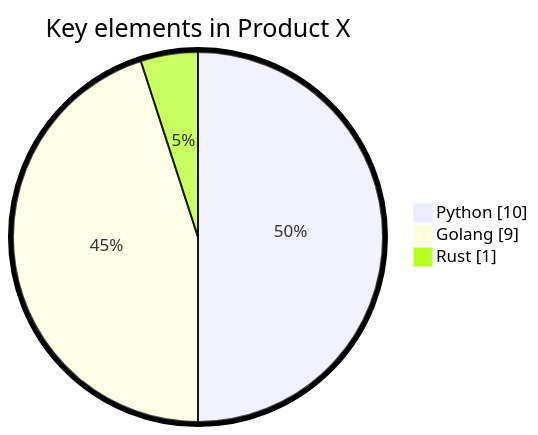
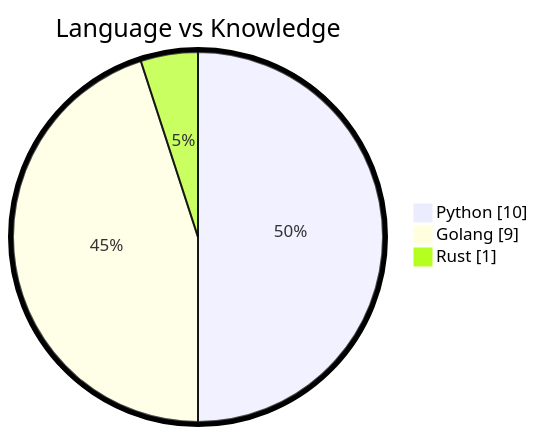
One commit to dev-hack95/dev-hack95 changed the diagram in README.md. Above: the diagram before and after it, drawn with Mermaid.

````diff
--- a/README.md
+++ b/README.md
@@ -31,8 +31,8 @@
 ```mermaid
 %%{init: {"pie": {"textPosition": 0.5}, "themeVariables": {"pieOuterStrokeWidth": "5px"}} }%%
 pie showData
-    title Key elements in Product X
+    title Language vs Knowledge
     "Python" : 10.0
     "Golang" : 9.0
     "Rust" : 1.0
 ```
````
